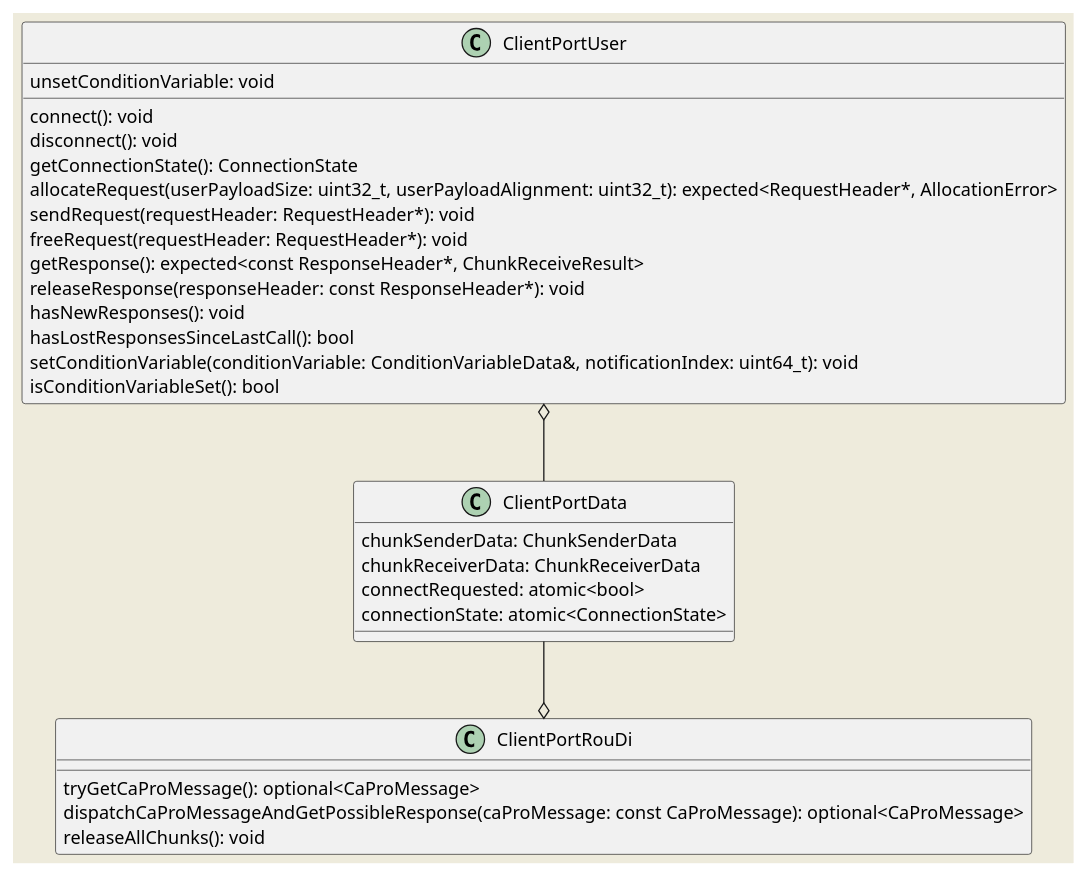
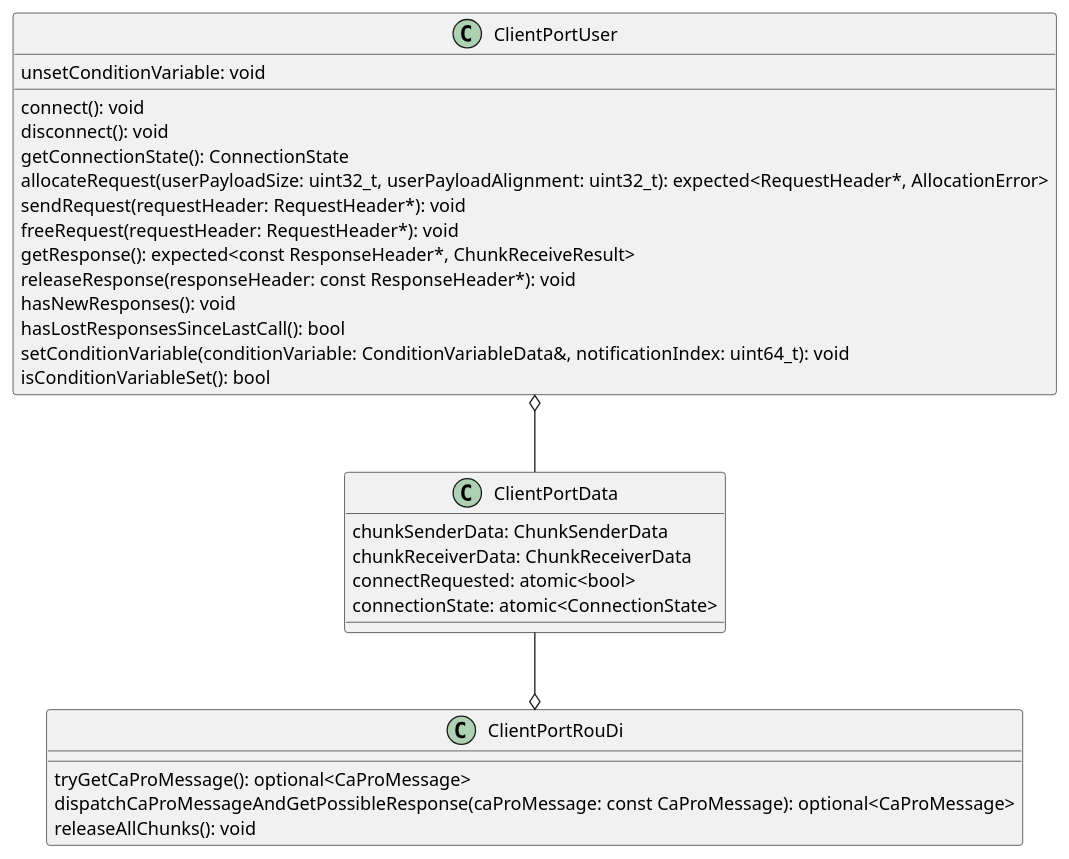
Before and after one commit to eclipse-iceoryx/iceoryx: the diagram in doc/design/diagrams/request_response/client_port.puml, drawn with PlantUML. The commit also changed 21 other files, not shown here.

```diff
--- a/doc/design/diagrams/request_response/client_port.puml
+++ b/doc/design/diagrams/request_response/client_port.puml
@@ -1,36 +1,35 @@
 @startuml
-skinparam backgroundColor #EEEBDC
 
 class ClientPortData {
   chunkSenderData: ChunkSenderData
   chunkReceiverData: ChunkReceiverData
   connectRequested: atomic<bool>
   connectionState: atomic<ConnectionState>
 }
 
 class ClientPortUser {
   connect(): void
   disconnect(): void
   getConnectionState(): ConnectionState
   allocateRequest(userPayloadSize: uint32_t, userPayloadAlignment: uint32_t): expected<RequestHeader*, AllocationError>
   sendRequest(requestHeader: RequestHeader*): void
   freeRequest(requestHeader: RequestHeader*): void
   getResponse(): expected<const ResponseHeader*, ChunkReceiveResult>
   releaseResponse(responseHeader: const ResponseHeader*): void
   hasNewResponses(): void
   hasLostResponsesSinceLastCall(): bool
   setConditionVariable(conditionVariable: ConditionVariableData&, notificationIndex: uint64_t): void
   unsetConditionVariable: void
   isConditionVariableSet(): bool
 }
 
 class ClientPortRouDi {
   tryGetCaProMessage(): optional<CaProMessage>
   dispatchCaProMessageAndGetPossibleResponse(caProMessage: const CaProMessage): optional<CaProMessage>
   releaseAllChunks(): void
 }
 
 ClientPortUser o-- ClientPortData
 ClientPortData --o ClientPortRouDi
 
 @enduml
```
